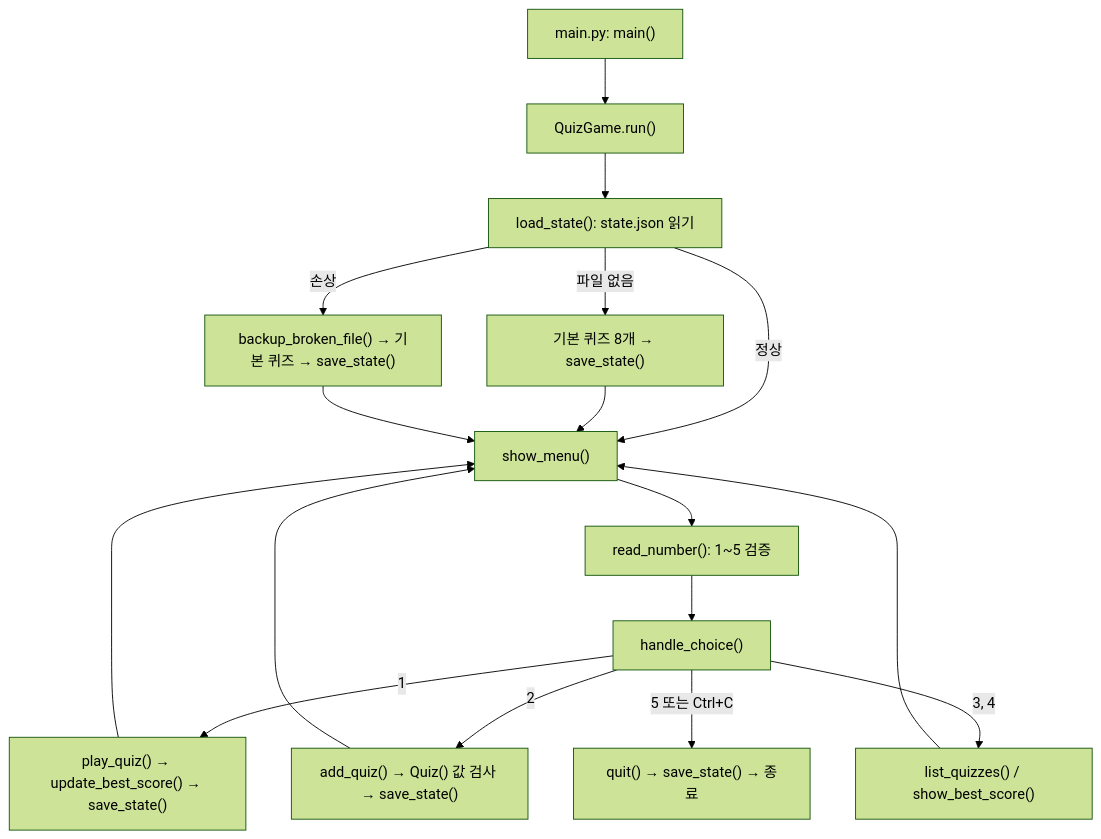
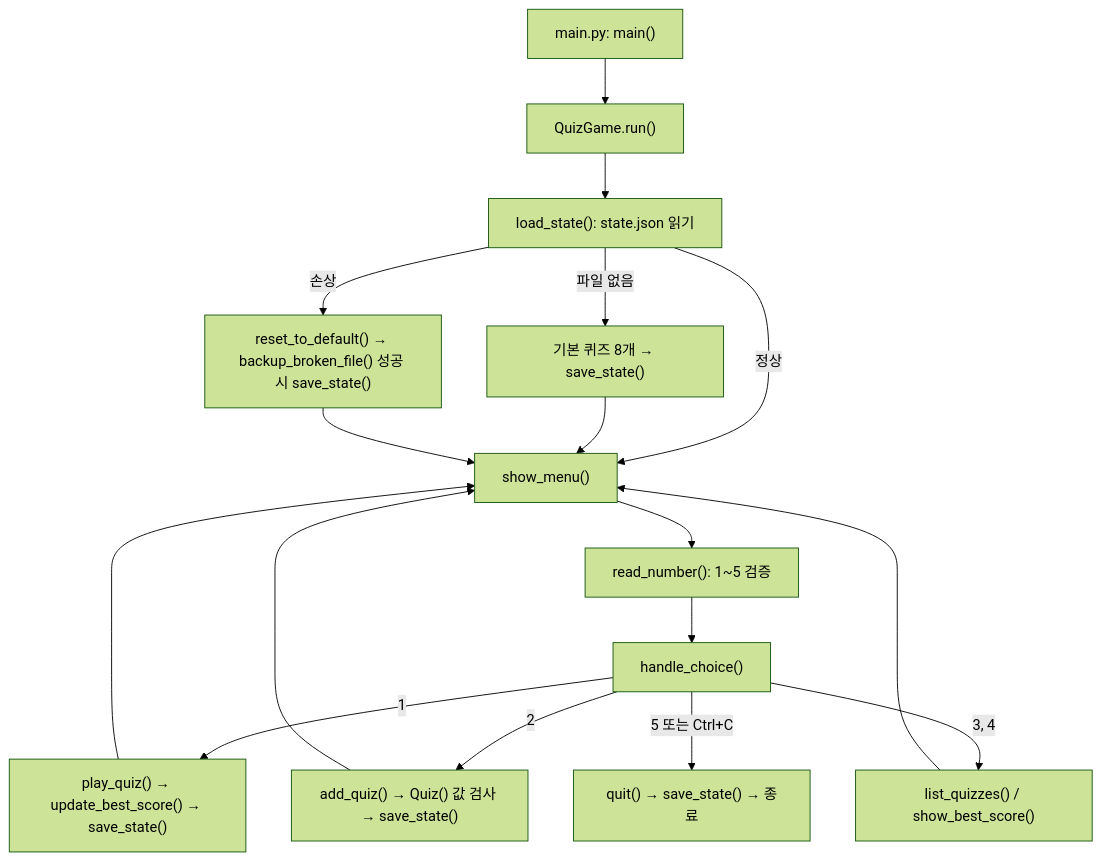
Before and after one commit to dkswogns1234-debug/codyssey-quiz: the diagram in README.md, drawn with Mermaid (forest theme). The commit also changed other lines of this file, not shown here.

````diff
--- a/README.md
+++ b/README.md
@@ -267,19 +267,19 @@
 ```mermaid
 flowchart TD
     A["main.py: main()"] --> B["QuizGame.run()"]
     B --> C["load_state(): state.json 읽기"]
     C -->|파일 없음| D["기본 퀴즈 8개 → save_state()"]
-    C -->|손상| E["backup_broken_file() → 기본 퀴즈 → save_state()"]
+    C -->|손상| E["reset_to_default() → backup_broken_file() 성공 시 save_state()"]
     C -->|정상| F["show_menu()"]
     D --> F
     E --> F
     F --> G["read_number(): 1~5 검증"]
     G --> H["handle_choice()"]
     H -->|1| I["play_quiz() → update_best_score() → save_state()"]
     H -->|2| J["add_quiz() → Quiz() 값 검사 → save_state()"]
     H -->|3, 4| K["list_quizzes() / show_best_score()"]
     I --> F
     J --> F
     K --> F
     H -->|5 또는 Ctrl+C| L["quit() → save_state() → 종료"]
 ```
````
